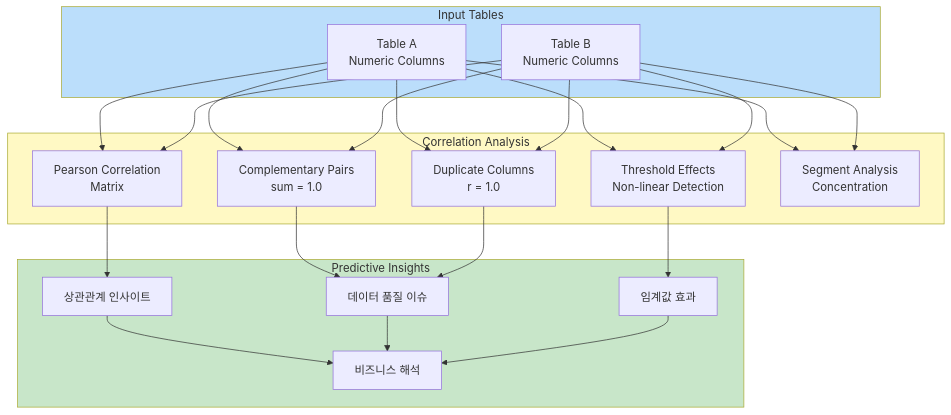
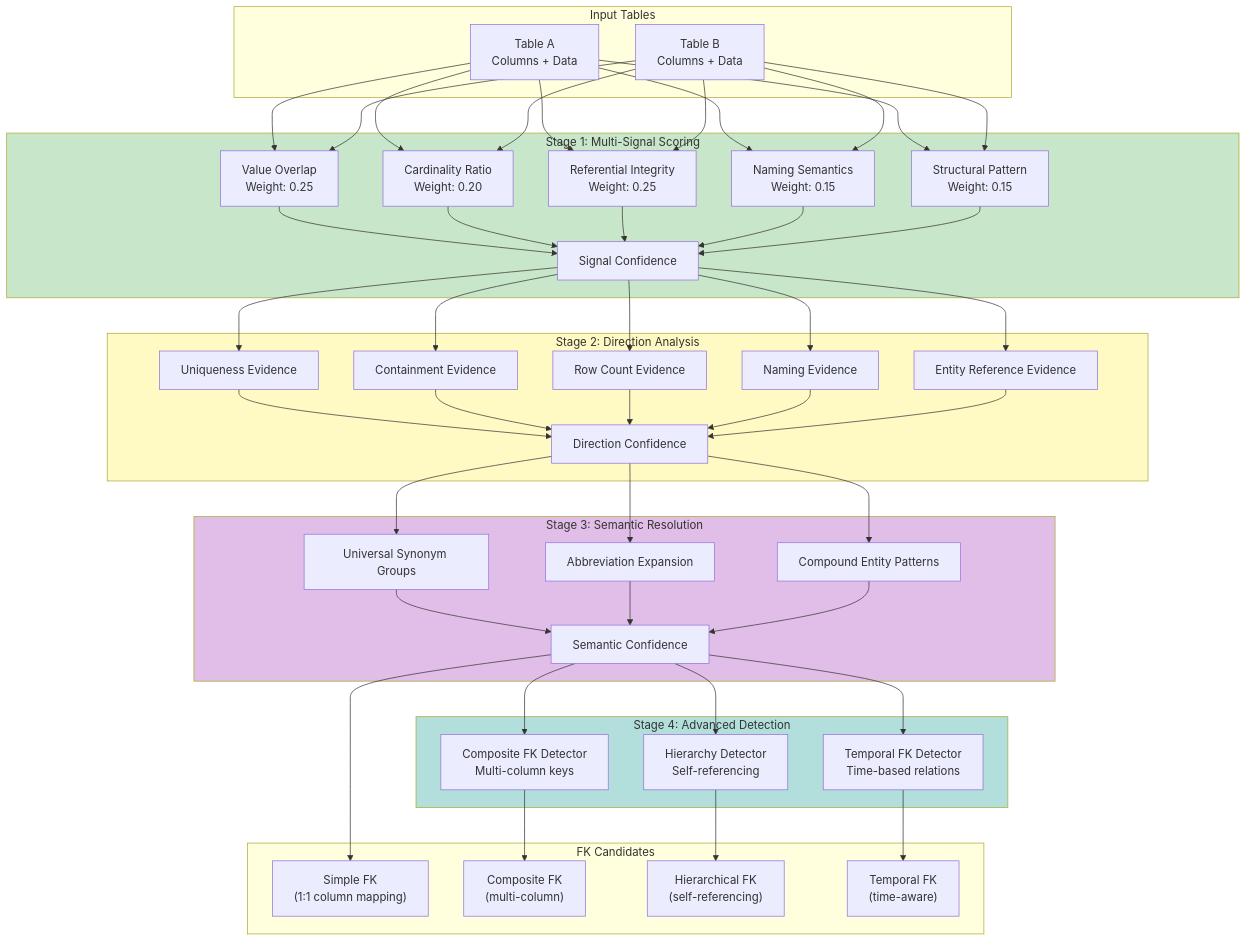
One commit to sabill123/ontology changed the fourth of 11 diagrams in docs/diagrams/02-data-flow.md. Above: the diagram before and after it, drawn with Mermaid. The commit also changed other lines of this file and 176 other files, not shown here.

````diff
--- a/docs/diagrams/02-data-flow.md
+++ b/docs/diagrams/02-data-flow.md
@@ -200,32 +242,62 @@
 ```mermaid
 flowchart TB
     subgraph INPUT["Input Tables"]
-        T1[Table A<br/>Numeric Columns]
-        T2[Table B<br/>Numeric Columns]
+        T1[Table A<br/>Columns + Data]
+        T2[Table B<br/>Columns + Data]
     end
 
-    subgraph ANALYSIS["Correlation Analysis"]
-        PC[Pearson Correlation<br/>Matrix]
-        CP[Complementary Pairs<br/>sum = 1.0]
-        DC[Duplicate Columns<br/>r = 1.0]
-        TE[Threshold Effects<br/>Non-linear Detection]
-        SA[Segment Analysis<br/>Concentration]
+    subgraph STAGE1["Stage 1: Multi-Signal Scoring"]
+        S1[Value Overlap<br/>Weight: 0.25]
+        S2[Cardinality Ratio<br/>Weight: 0.20]
+        S3[Referential Integrity<br/>Weight: 0.25]
+        S4[Naming Semantics<br/>Weight: 0.15]
+        S5[Structural Pattern<br/>Weight: 0.15]
+        SC[Signal Confidence]
     end
 
-    subgraph OUTPUT["Predictive Insights"]
-        PI1["상관관계 인사이트"]
-        PI2["데이터 품질 이슈"]
-        PI3["임계값 효과"]
-        PI4["비즈니스 해석"]
+    subgraph STAGE2["Stage 2: Direction Analysis"]
+        E1[Uniqueness Evidence]
+        E2[Containment Evidence]
+        E3[Row Count Evidence]
+        E4[Naming Evidence]
+        E5[Entity Reference Evidence]
+        DC[Direction Confidence]
     end
 
-    T1 & T2 --> PC & CP & DC & TE & SA
-    PC --> PI1
-    CP & DC --> PI2
-    TE --> PI3
-    PI1 & PI2 & PI3 --> PI4
+    subgraph STAGE3["Stage 3: Semantic Resolution"]
+        SYN[Universal Synonym Groups]
+        ABB[Abbreviation Expansion]
+        CMP[Compound Entity Patterns]
+        SEC[Semantic Confidence]
+    end
 
-    style INPUT fill:#bbdefb
-    style ANALYSIS fill:#fff9c4
-    style OUTPUT fill:#c8e6c9
+    subgraph STAGE4["Stage 4: Advanced Detection"]
+        CFK[Composite FK Detector<br/>Multi-column keys]
+        HFD[Hierarchy Detector<br/>Self-referencing]
+        TFK[Temporal FK Detector<br/>Time-based relations]
+    end
+
+    subgraph OUTPUT["FK Candidates"]
+        FK1["Simple FK<br/>(1:1 column mapping)"]
+        FK2["Composite FK<br/>(multi-column)"]
+        FK3["Hierarchical FK<br/>(self-referencing)"]
+        FK4["Temporal FK<br/>(time-aware)"]
+    end
+
+    T1 & T2 --> S1 & S2 & S3 & S4 & S5
+    S1 & S2 & S3 & S4 & S5 --> SC
+    SC --> E1 & E2 & E3 & E4 & E5
+    E1 & E2 & E3 & E4 & E5 --> DC
+    DC --> SYN & ABB & CMP
+    SYN & ABB & CMP --> SEC
+    SEC --> CFK & HFD & TFK
+    CFK --> FK2
+    HFD --> FK3
+    TFK --> FK4
+    SEC --> FK1
+
+    style STAGE1 fill:#c8e6c9
+    style STAGE2 fill:#fff9c4
+    style STAGE3 fill:#e1bee7
+    style STAGE4 fill:#b2dfdb
 ```
````
